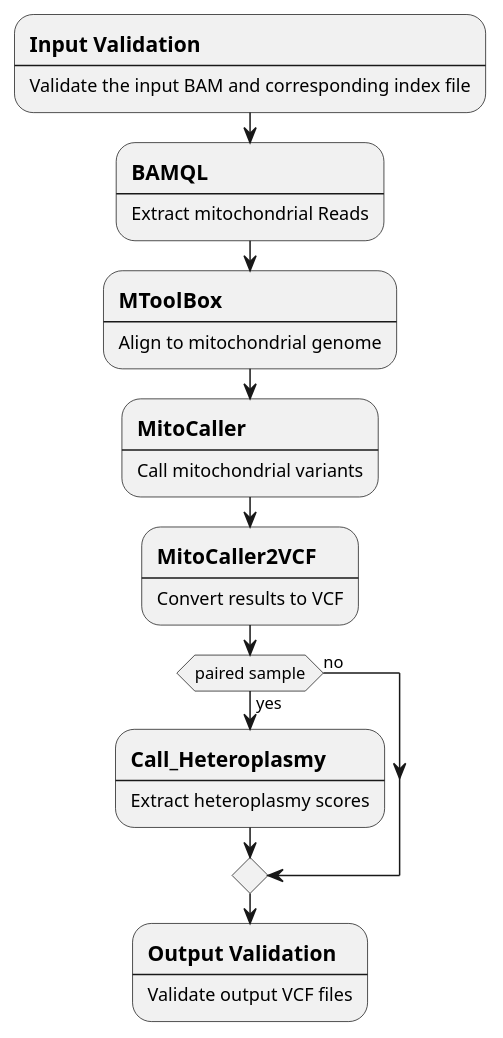
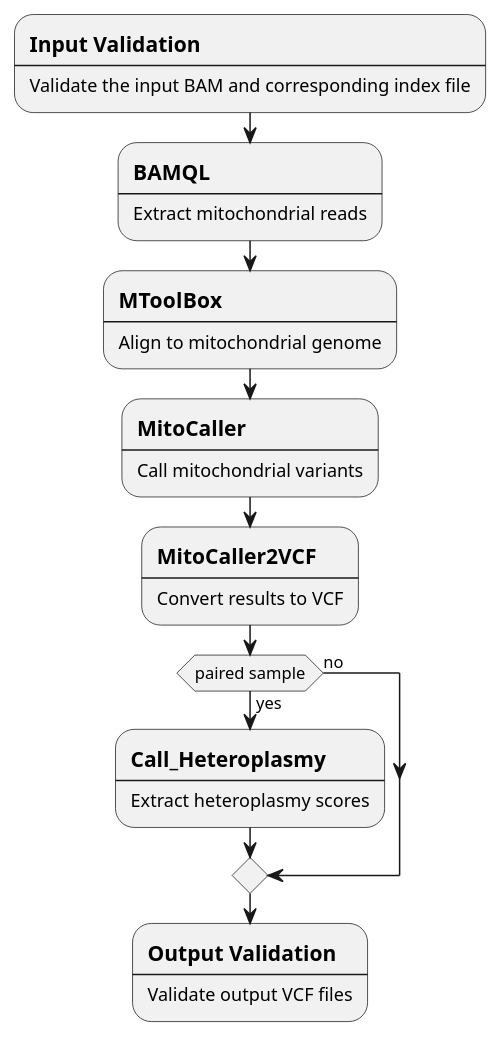
The diagram in docs/call-mtsnv-flow.puml (uclahs-cds/pipeline-call-mtSNV), drawn with PlantUML before and after one commit. The commit also changed 1 other file, not shown here.

Commit message:
update README with new Flow Diagram

```diff
--- a/docs/call-mtsnv-flow.puml
+++ b/docs/call-mtsnv-flow.puml
@@ -1,30 +1,30 @@
 @startuml
 skinparam SwimlaneTitleFontStyle bold
 
 
 :==Input Validation
 ----
 Validate the input BAM and corresponding index file;
 :==BAMQL
 ----
-Extract mitochondrial Reads;
+Extract mitochondrial reads;
 :==MToolBox
 ----
 Align to mitochondrial genome;
 :==MitoCaller
 ----
 Call mitochondrial variants;
 :==MitoCaller2VCF
 ----
 Convert results to VCF;
 if (paired sample) then (yes)
   :==Call_Heteroplasmy
   ----
   Extract heteroplasmy scores;
 else (no)
 endif
 :==Output Validation
 ----
 Validate output VCF files;
 
 @enduml
```
